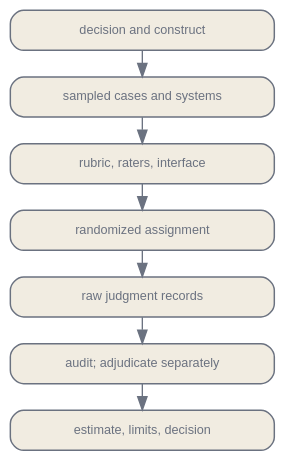
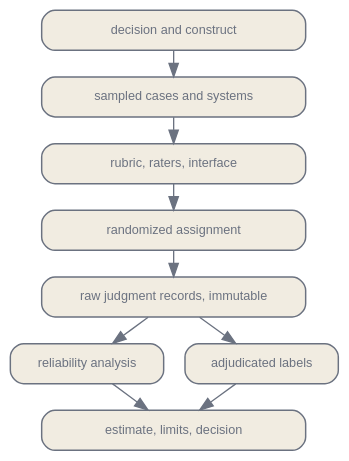
The diagram in en/evaluation/03-human-evaluation-rubrics.qmd (latere-ai/ai-as-an-infrastructure), drawn with Graphviz before and after one commit. The commit also changed 1 other file, not shown here.

Commit message:
evaluation: human evaluation protocol branches reliability analysis and adjudication from the raw records

````diff
--- a/en/evaluation/03-human-evaluation-rubrics.qmd
+++ b/en/evaluation/03-human-evaluation-rubrics.qmd
@@ -23,19 +23,22 @@
 ```{dot}
 //| label: fig-human-evaluation-protocol
 //| fig-cap: "A human evaluation preserves the path from decision to raw judgments. Reliability analysis and adjudication both consume the raw records; adjudication does not overwrite them."
 digraph {
   bgcolor="transparent";
   rankdir=TB;
   nodesep=0.22; ranksep=0.28;
   node [shape=box, style="rounded,filled", fixedsize=true, width=2.75, height=0.42, fontname="Helvetica", fontsize=9.5, color="#6b7280", fontcolor="#6b7280", fillcolor="#f1ece1", penwidth=1.1];
   edge [fontsize=9, fontname="Helvetica", color="#6b7280", fontcolor="#6b7280"];
   C [label="decision and construct"];
   S [label="sampled cases and systems"];
   P [label="rubric, raters, interface"];
   A [label="randomized assignment"];
-  R [label="raw judgment records"];
-  Q [label="audit; adjudicate separately"];
+  R [label="raw judgment records, immutable"];
+  Q [label="reliability analysis", width=1.6];
+  J [label="adjudicated labels", width=1.6];
   O [label="estimate, limits, decision"];
-  C -> S -> P -> A -> R -> Q -> O;
+  C -> S -> P -> A -> R;
+  R -> Q -> O;
+  R -> J -> O;
 }
 ```
````
